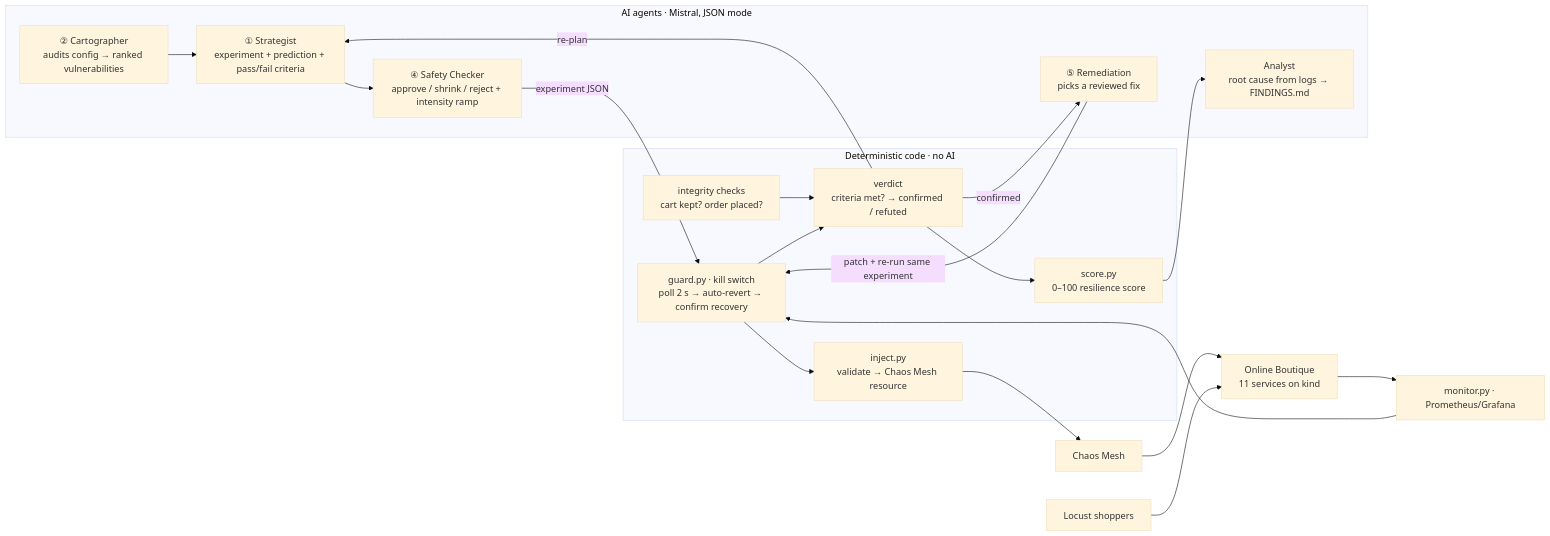
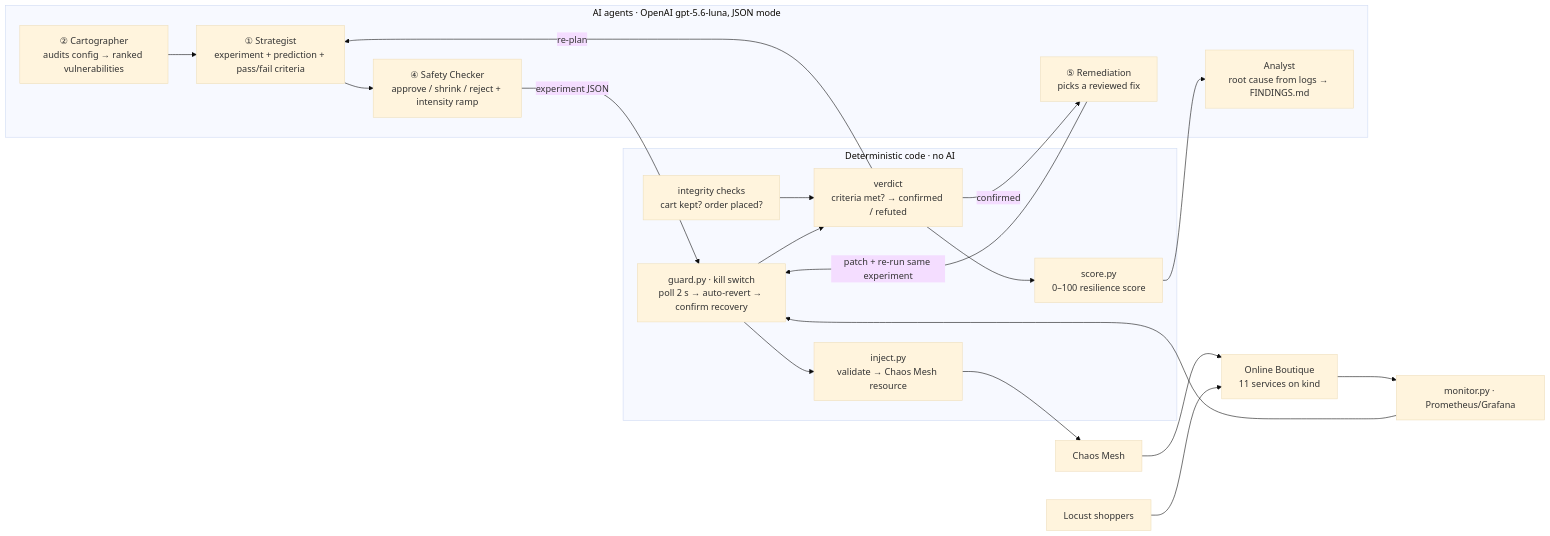
One commit to Gotha8972/FantasticFour changed the diagram in docs/ARCHITECTURE.md. Above: the diagram before and after it, drawn with Mermaid (base theme). The commit also changed 14 other files, not shown here.

Commit message:
Switch to OpenAI gpt-5.6-luna; act on dry-run review: severity rubric, fault diversity, drop trivial pod criteria, pod_kill verified, save health at review

````diff
--- a/docs/ARCHITECTURE.md
+++ b/docs/ARCHITECTURE.md
@@ -3,24 +3,24 @@
 ```mermaid
 flowchart LR
-    subgraph AI["AI agents · Mistral, JSON mode"]
+    subgraph AI["AI agents · OpenAI gpt-5.6-luna, JSON mode"]
         CA["② Cartographer<br/>audits config → ranked vulnerabilities"] --> ST["① Strategist<br/>experiment + prediction + pass/fail criteria"]
         ST --> SC["④ Safety Checker<br/>approve / shrink / reject + intensity ramp"]
         AN["Analyst<br/>root cause from logs → FINDINGS.md"]
         RM["⑤ Remediation<br/>picks a reviewed fix"]
     end
     subgraph CODE["Deterministic code · no AI"]
         INJ["inject.py<br/>validate → Chaos Mesh resource"]
         GU["guard.py · kill switch<br/>poll 2 s → auto-revert → confirm recovery"]
         INT["integrity checks<br/>cart kept? order placed?"]
         SCO["score.py<br/>0–100 resilience score"]
         VER["verdict<br/>criteria met? → confirmed / refuted"]
     end
     SC -->|experiment JSON| GU --> INJ --> CM["Chaos Mesh"] --> APP["Online Boutique<br/>11 services on kind"]
     LG["Locust shoppers"] --> APP
     APP --> MON["monitor.py · Prometheus/Grafana"] --> GU
     INT --> VER
     GU --> VER --> SCO
     VER -->|re-plan| ST
     VER -->|confirmed| RM -->|patch + re-run same experiment| GU
     SCO --> AN
 ```
````
